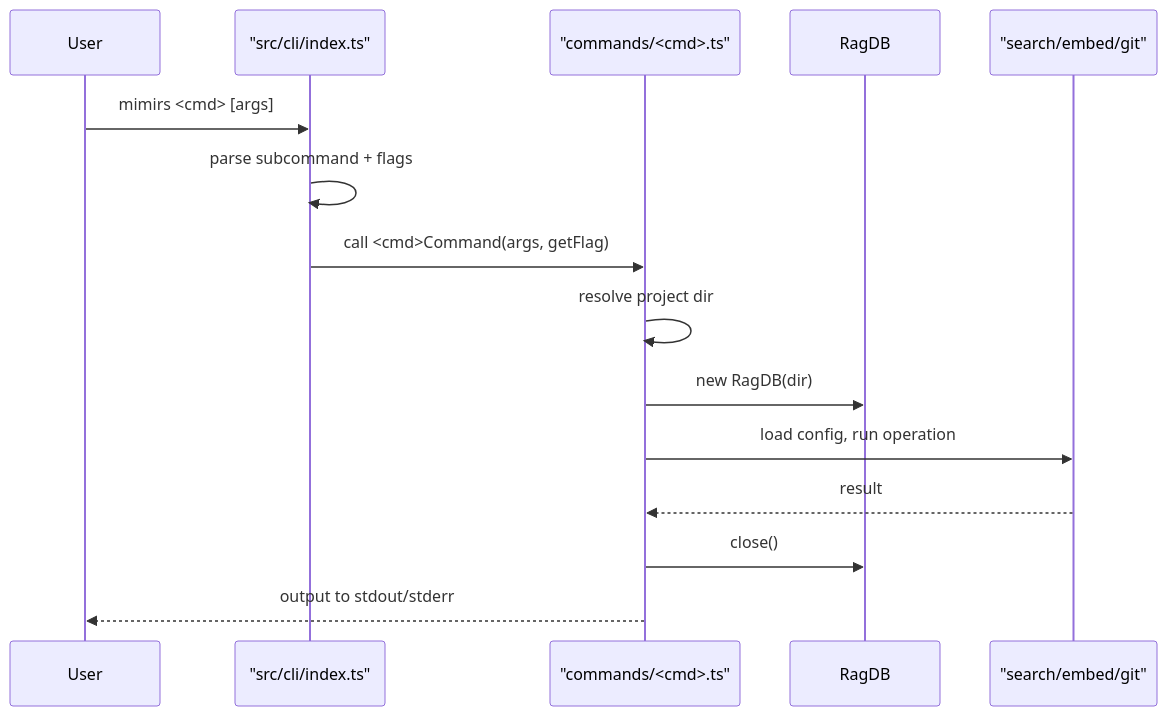
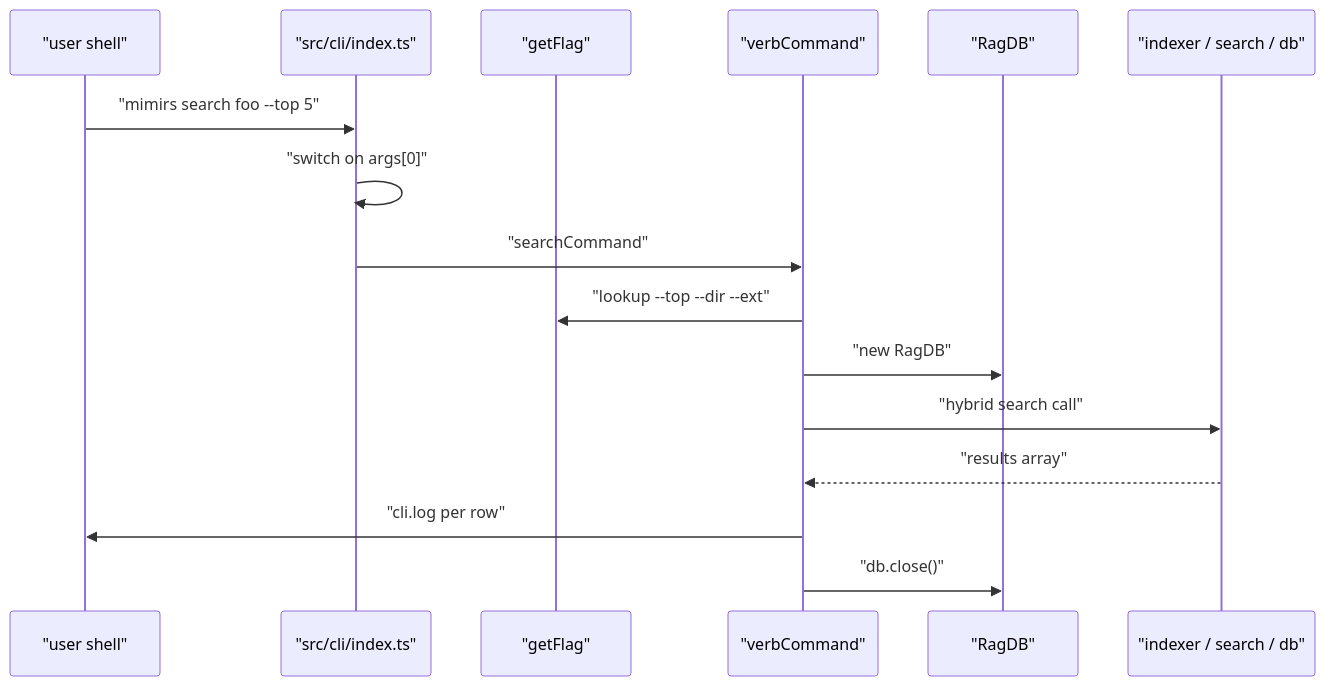
Before and after one commit to TheWinci/mimirs: the first of 2 diagrams in wiki/communities/cli-commands.md, drawn with Mermaid. The commit also changed other lines of this file and 36 other files, not shown here.

````diff
--- a/wiki/communities/cli-commands.md
+++ b/wiki/communities/cli-commands.md
@@ -96,18 +87,18 @@
 ```mermaid
 sequenceDiagram
-    participant User
-    participant Dispatcher as "src/cli/index.ts"
-    participant Handler as "commands/<cmd>.ts"
-    participant DB as RagDB
-    participant Services as "search/embed/git"
-
-    User->>Dispatcher: mimirs <cmd> [args]
-    Dispatcher->>Dispatcher: parse subcommand + flags
-    Dispatcher->>Handler: call <cmd>Command(args, getFlag)
-    Handler->>Handler: resolve project dir
-    Handler->>DB: new RagDB(dir)
-    Handler->>Services: load config, run operation
-    Services-->>Handler: result
-    Handler->>DB: close()
-    Handler-->>User: output to stdout/stderr
+    participant user as "user shell"
+    participant entry as "src/cli/index.ts"
+    participant getFlag as "getFlag"
+    participant handler as "verbCommand"
+    participant db as "RagDB"
+    participant svc as "indexer / search / db"
+    user->>entry: "mimirs search foo --top 5"
+    entry->>entry: "switch on args[0]"
+    entry->>handler: "searchCommand"
+    handler->>getFlag: "lookup --top --dir --ext"
+    handler->>db: "new RagDB"
+    handler->>svc: "hybrid search call"
+    svc-->>handler: "results array"
+    handler->>user: "cli.log per row"
+    handler->>db: "db.close()"
 ```
````
